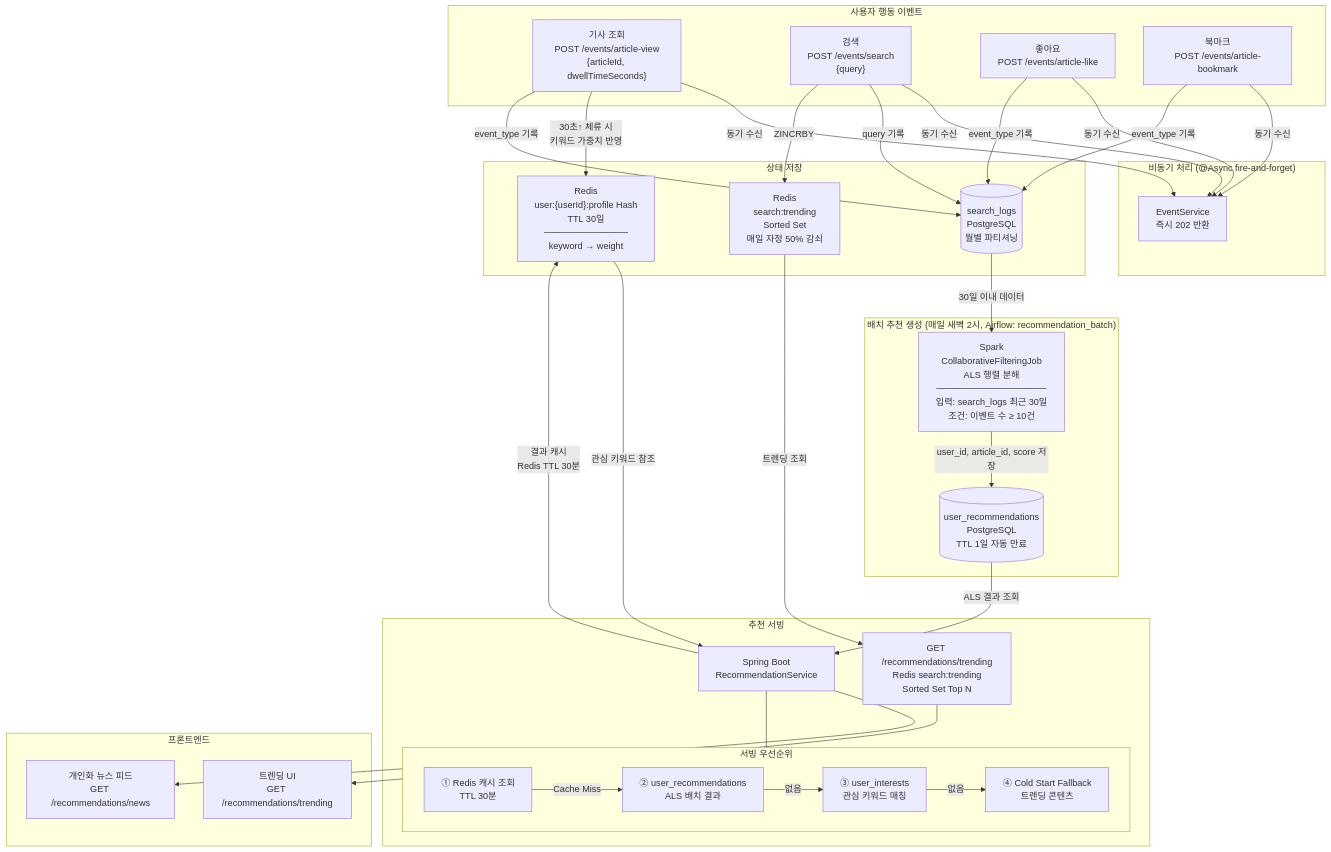
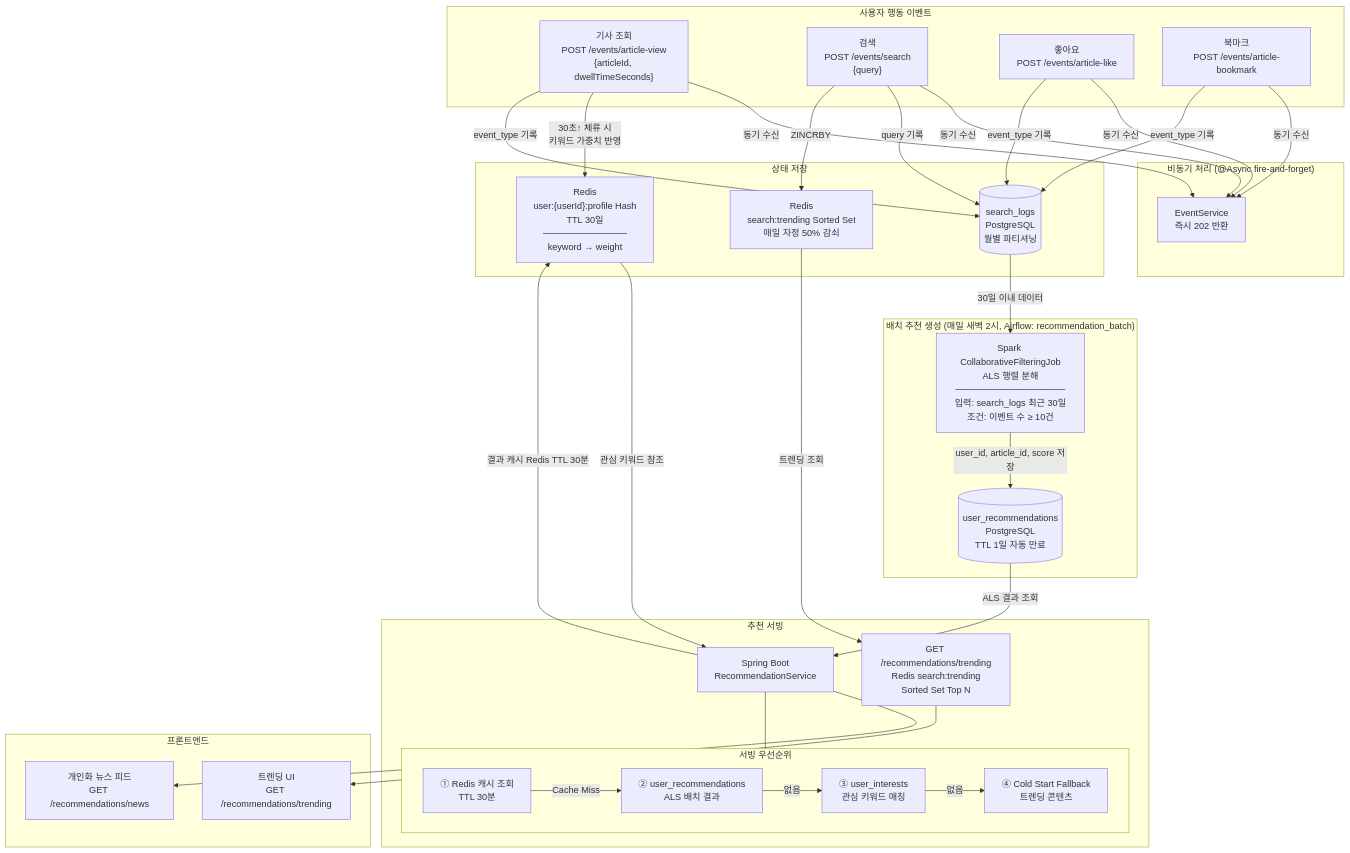
Before and after one commit to ljy0221/AiRadar: the diagram in docs/diagrams/04_recommendation_flow.md, drawn with Mermaid. The commit also changed 7 other files, not shown here.

````diff
--- a/docs/diagrams/04_recommendation_flow.md
+++ b/docs/diagrams/04_recommendation_flow.md
@@ -3,60 +3,60 @@
 ```mermaid
 flowchart TD
     subgraph USER["사용자 행동 이벤트"]
-        E1["기사 조회\nPOST /events/article-view\n{articleId, dwellTimeSeconds}"]
-        E2["검색\nPOST /events/search\n{query}"]
-        E3["좋아요\nPOST /events/article-like"]
-        E4["북마크\nPOST /events/article-bookmark"]
+        E1["기사 조회<br/>POST /events/article-view<br/>{articleId, dwellTimeSeconds}"]
+        E2["검색<br/>POST /events/search<br/>{query}"]
+        E3["좋아요<br/>POST /events/article-like"]
+        E4["북마크<br/>POST /events/article-bookmark"]
     end
 
     subgraph ASYNC["비동기 처리 (@Async fire-and-forget)"]
-        EVT["EventService\n즉시 202 반환"]
+        EVT["EventService<br/>즉시 202 반환"]
     end
 
     subgraph STORE["상태 저장"]
-        SL[("search_logs\nPostgreSQL\n월별 파티셔닝")]
-        RED["Redis\nuser:{userId}:profile Hash\nTTL 30일\n─────────────\nkeyword → weight"]
-        TRD["Redis\nsearch:trending\nSorted Set\n매일 자정 50% 감쇠"]
+        SL[("search_logs<br/>PostgreSQL<br/>월별 파티셔닝")]
+        RED["Redis<br/>user:{userId}:profile Hash<br/>TTL 30일<br/>─────────────<br/>keyword → weight"]
+        TRD["Redis<br/>search:trending Sorted Set<br/>매일 자정 50% 감쇠"]
     end
 
     subgraph BATCH["배치 추천 생성 (매일 새벽 2시, Airflow: recommendation_batch)"]
-        ALS["Spark\nCollaborativeFilteringJob\nALS 행렬 분해\n─────────────────\n입력: search_logs 최근 30일\n조건: 이벤트 수 ≥ 10건"]
-        REC[("user_recommendations\nPostgreSQL\nTTL 1일 자동 만료")]
-        ALS -->|user_id, article_id, score 저장| REC
+        ALS["Spark CollaborativeFilteringJob<br/>ALS 행렬 분해<br/>─────────────────<br/>입력: search_logs 최근 30일<br/>조건: 이벤트 수 ≥ 10건"]
+        REC[("user_recommendations<br/>PostgreSQL<br/>TTL 1일 자동 만료")]
+        ALS -->|"user_id, article_id, score 저장"| REC
     end
 
     subgraph SERVE["추천 서빙"]
-        API["Spring Boot\nRecommendationService"]
+        API["Spring Boot<br/>RecommendationService"]
 
         subgraph LOGIC["서빙 우선순위"]
-            L1["① Redis 캐시 조회\nTTL 30분"]
-            L2["② user_recommendations\nALS 배치 결과"]
-            L3["③ user_interests\n관심 키워드 매칭"]
-            L4["④ Cold Start Fallback\n트렌딩 콘텐츠"]
+            L1["① Redis 캐시 조회<br/>TTL 30분"]
+            L2["② user_recommendations<br/>ALS 배치 결과"]
+            L3["③ user_interests<br/>관심 키워드 매칭"]
+            L4["④ Cold Start Fallback<br/>트렌딩 콘텐츠"]
             L1 -->|Cache Miss| L2 -->|없음| L3 -->|없음| L4
         end
 
-        TREND["GET /recommendations/trending\nRedis search:trending\nSorted Set Top N"]
+        TREND["GET /recommendations/trending<br/>Redis search:trending<br/>Sorted Set Top N"]
     end
 
     subgraph FE["프론트엔드"]
-        FEED["개인화 뉴스 피드\nGET /recommendations/news"]
-        TRENDUI["트렌딩 UI\nGET /recommendations/trending"]
+        FEED["개인화 뉴스 피드<br/>GET /recommendations/news"]
+        TRENDUI["트렌딩 UI<br/>GET /recommendations/trending"]
     end
 
     E1 & E2 & E3 & E4 -->|동기 수신| EVT
-    E1 -->|30초↑ 체류 시\n키워드 가중치 반영| RED
+    E1 -->|"30초↑ 체류 시<br/>키워드 가중치 반영"| RED
     E1 & E3 & E4 -->|event_type 기록| SL
     E2 -->|query 기록| SL
     E2 -->|ZINCRBY| TRD
 
     SL -->|30일 이내 데이터| ALS
     RED -->|관심 키워드 참조| API
     REC -->|ALS 결과 조회| API
     TRD -->|트렌딩 조회| TREND
 
     API --- LOGIC
-    API -->|결과 캐시\nRedis TTL 30분| RED
+    API -->|"결과 캐시 Redis TTL 30분"| RED
     API --> FEED
     TREND --> TRENDUI
 ```
````
